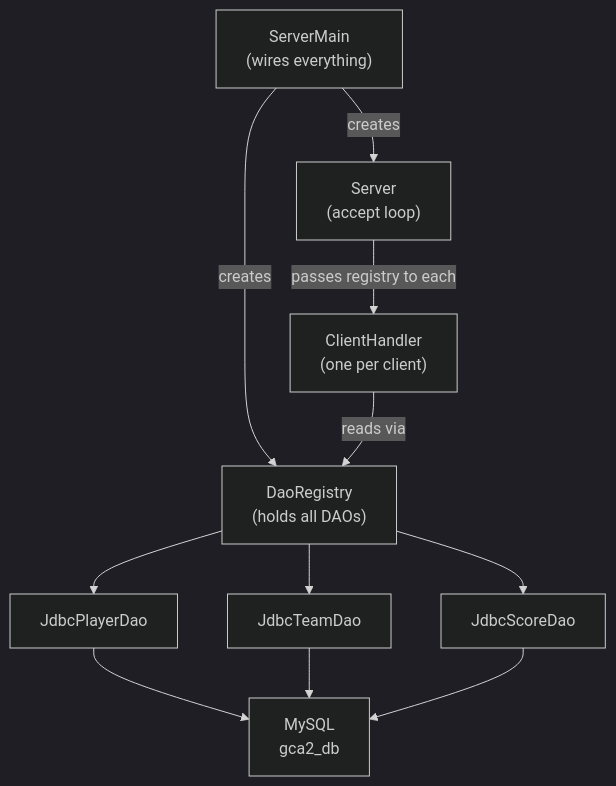
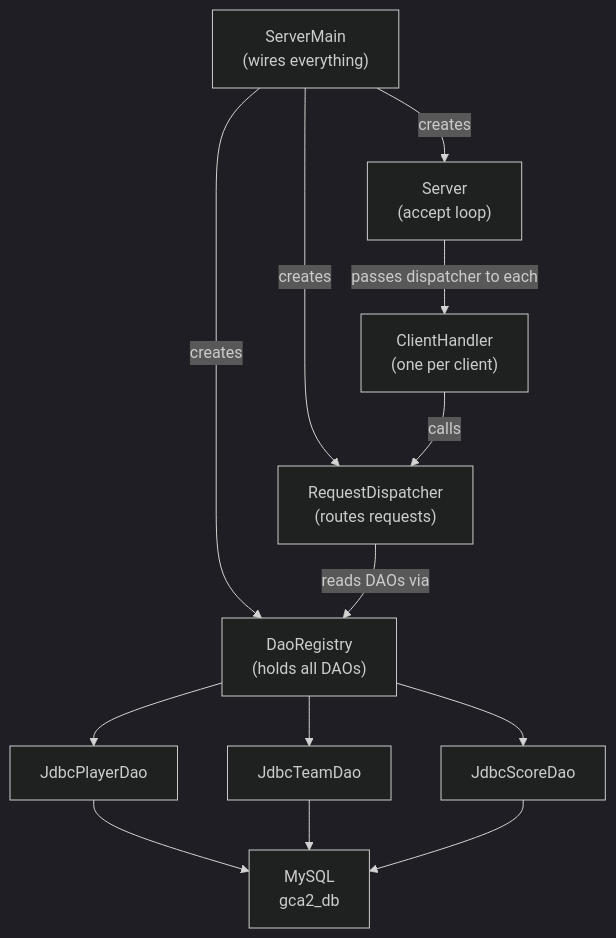
Before and after one commit to nmcguinness/L8-OOP-Module-Content: the diagram in notes/topics/t22_networking/t22_networking_supplement_dao_registry.md, drawn with Mermaid (dark theme). The commit also changed other lines of this file and 421 other files, not shown here.

Commit message:
Updated mermaid diagrams and note layout for topics 9-24.

````diff
--- a/notes/topics/t22_networking/t22_networking_supplement_dao_registry.md
+++ b/notes/topics/t22_networking/t22_networking_supplement_dao_registry.md
@@ -399,16 +287,18 @@
 ```mermaid
 flowchart TD
     accTitle: How DaoRegistry is wired into the server
-    accDescr: ServerMain creates the DaoRegistry and the Server. The Server passes the registry to each ClientHandler it creates. Each handler reads its DAOs from the registry, which holds JdbcPlayerDao, JdbcTeamDao and JdbcScoreDao, all of which talk to the MySQL database.
+    accDescr: ServerMain creates the DaoRegistry, the RequestDispatcher and the Server. The Server passes the dispatcher to each ClientHandler it creates. Each handler calls the dispatcher, which reads its DAOs from the registry. The registry holds JdbcPlayerDao, JdbcTeamDao and JdbcScoreDao, all of which talk to the MySQL database.
     SM["ServerMain\n(wires everything)"]
     SM -->|creates| R["DaoRegistry\n(holds all DAOs)"]
+    SM -->|creates| RD["RequestDispatcher\n(routes requests)"]
     SM -->|creates| S["Server\n(accept loop)"]
-    S  -->|passes registry to each| CH["ClientHandler\n(one per client)"]
-    CH -->|reads via| R
+    RD -->|reads DAOs via| R
+    S  -->|passes dispatcher to each| CH["ClientHandler\n(one per client)"]
+    CH -->|calls| RD
     R  --> PD["JdbcPlayerDao"]
     R  --> TD["JdbcTeamDao"]
     R  --> SD["JdbcScoreDao"]
     PD --> DB["MySQL\ngca2_db"]
     TD --> DB
     SD --> DB
 ```
````
